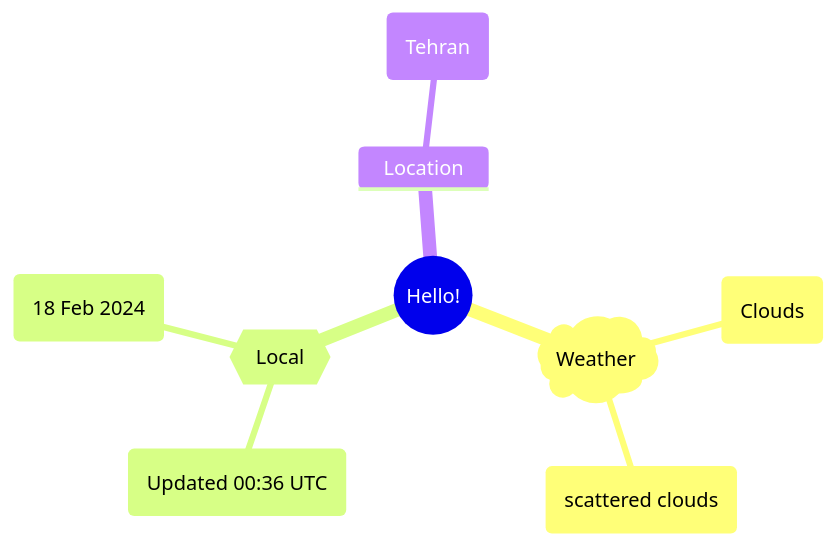
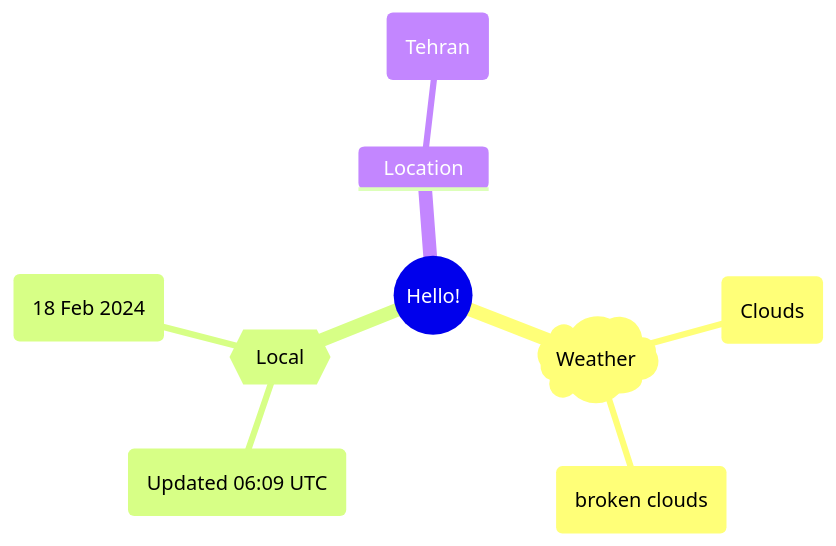
One commit to Xosrov/Xosrov changed the first of 2 diagrams in README.md. Above: the diagram before and after it, drawn with Mermaid.

Commit message:
[bot] updated images

````diff
--- a/README.md
+++ b/README.md
@@ -3,12 +3,12 @@
 ```mermaid
 mindmap
   root((Hello!))
     )Weather(
         (Clouds)
-        (scattered clouds)
+        (broken clouds)
     {{Local}}
-        (Updated 00:36 UTC)
+        (Updated 06:09 UTC)
         (18 Feb 2024)
     Location
         (Tehran)
 ```
````
